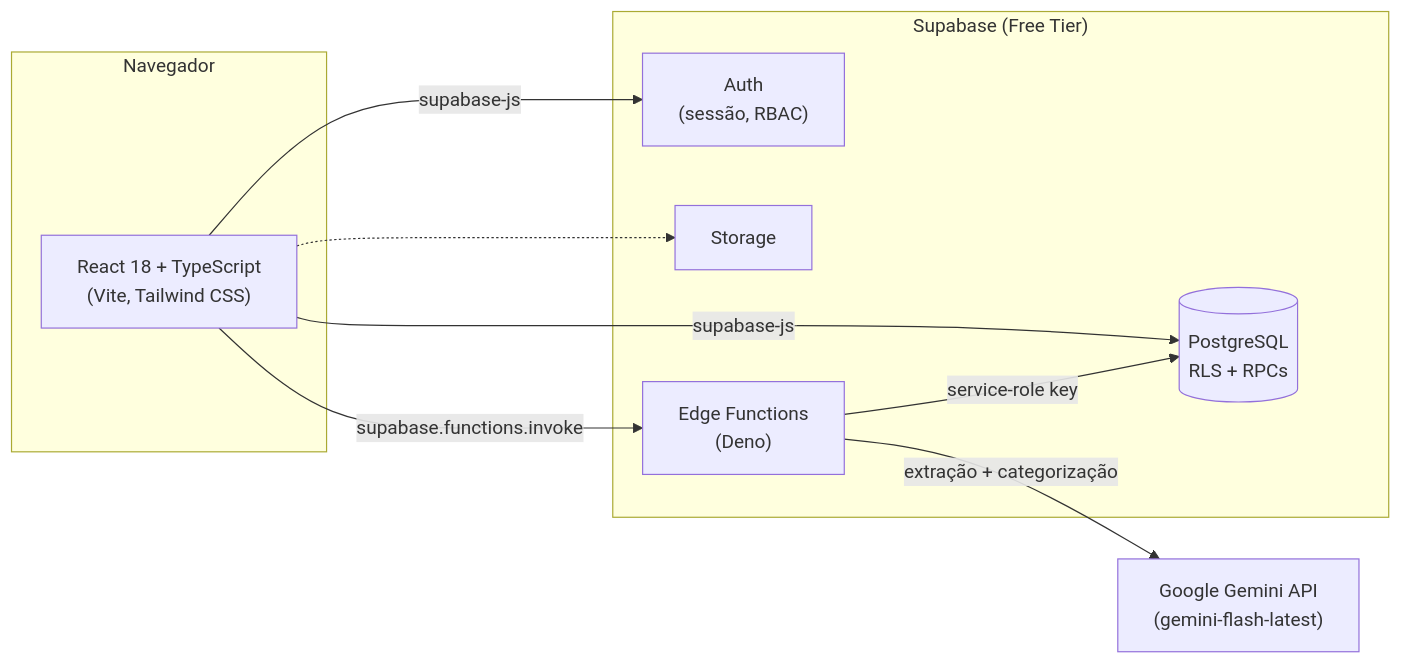
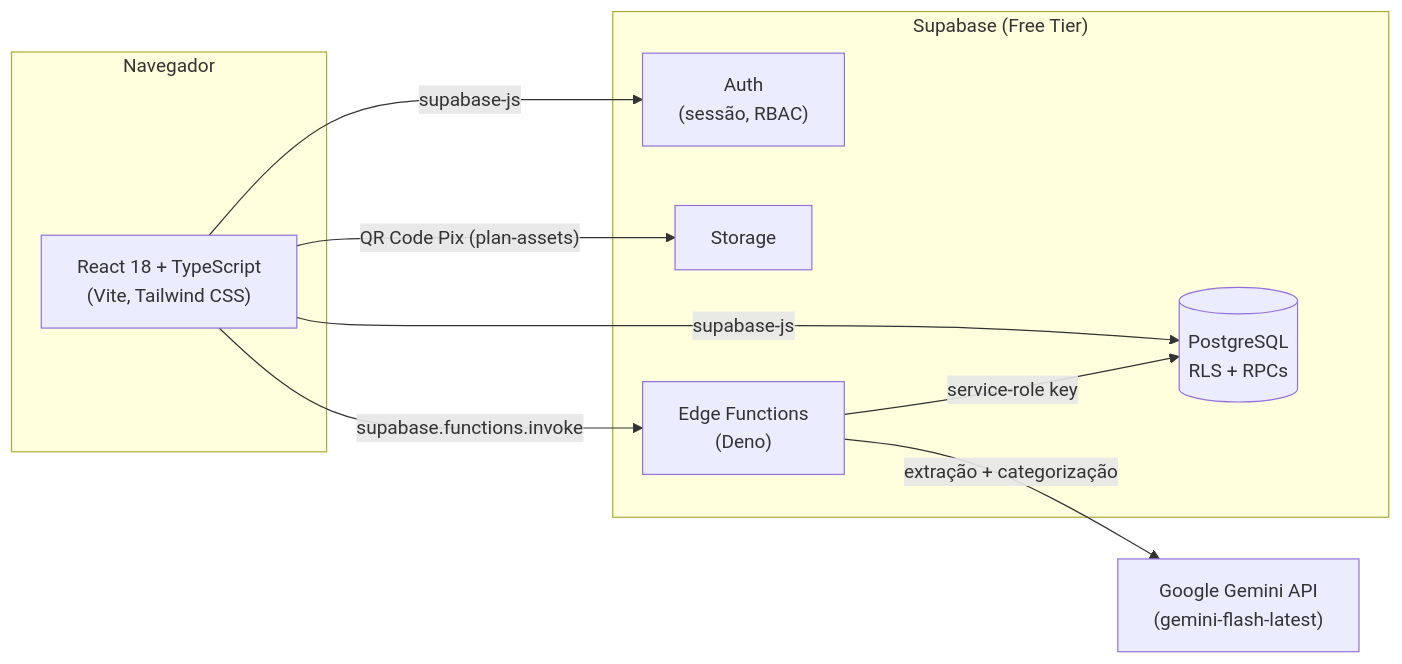
One commit to alessandrosaldanha/saas-contabilidade-igrejas changed the diagram in README.md. Above: the diagram before and after it, drawn with Mermaid. The commit also changed other lines of this file, not shown here.

````diff
--- a/README.md
+++ b/README.md
@@ -62,22 +63,22 @@
 ```mermaid
 flowchart LR
     subgraph Client["Navegador"]
         A["React 18 + TypeScript\n(Vite, Tailwind CSS)"]
     end
 
     subgraph Supabase["Supabase (Free Tier)"]
         B[("PostgreSQL\nRLS + RPCs")]
         C["Auth\n(sessão, RBAC)"]
         D["Storage"]
         E["Edge Functions\n(Deno)"]
     end
 
     F["Google Gemini API\n(gemini-flash-latest)"]
 
     A -- "supabase-js" --> B
     A -- "supabase-js" --> C
     A -- "supabase.functions.invoke" --> E
+    A -- "QR Code Pix (plan-assets)" --> D
     E -- "service-role key" --> B
     E -- "extração + categorização" --> F
-    A -.-> D
 ```
````
